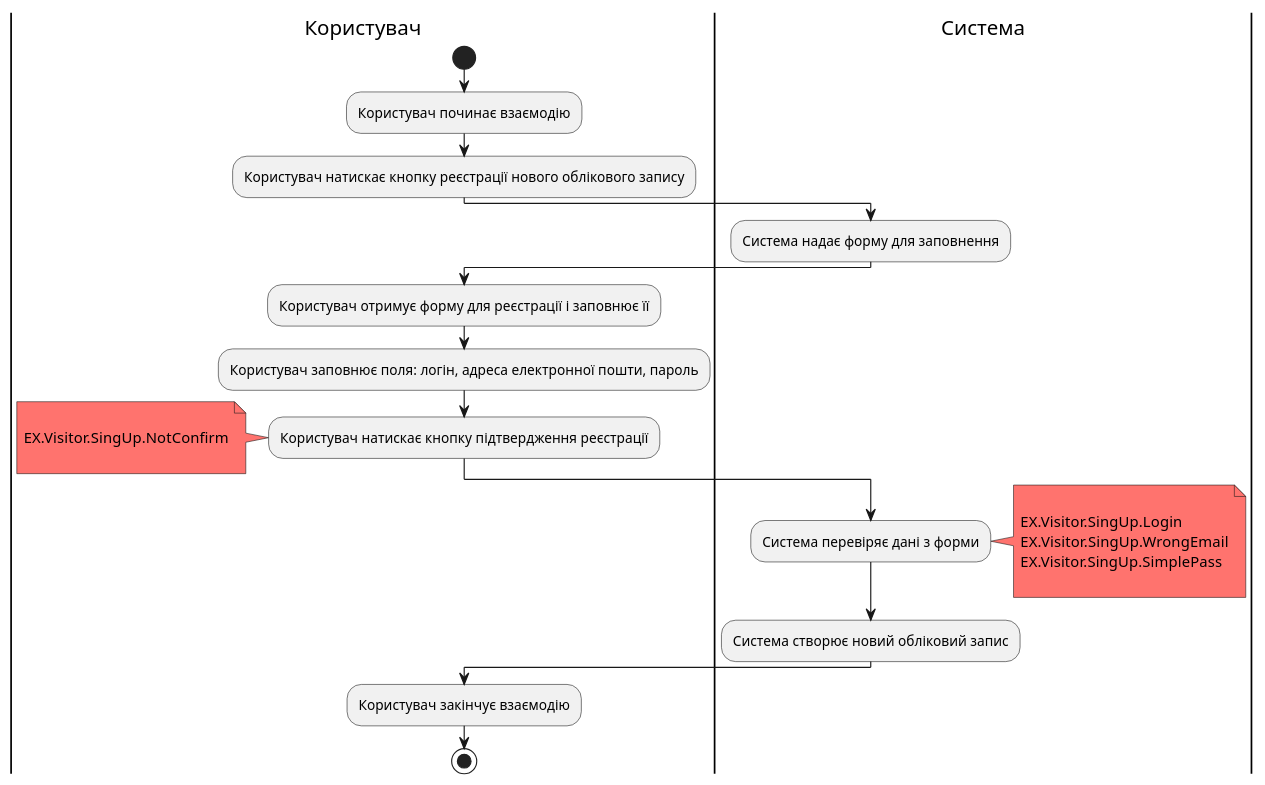
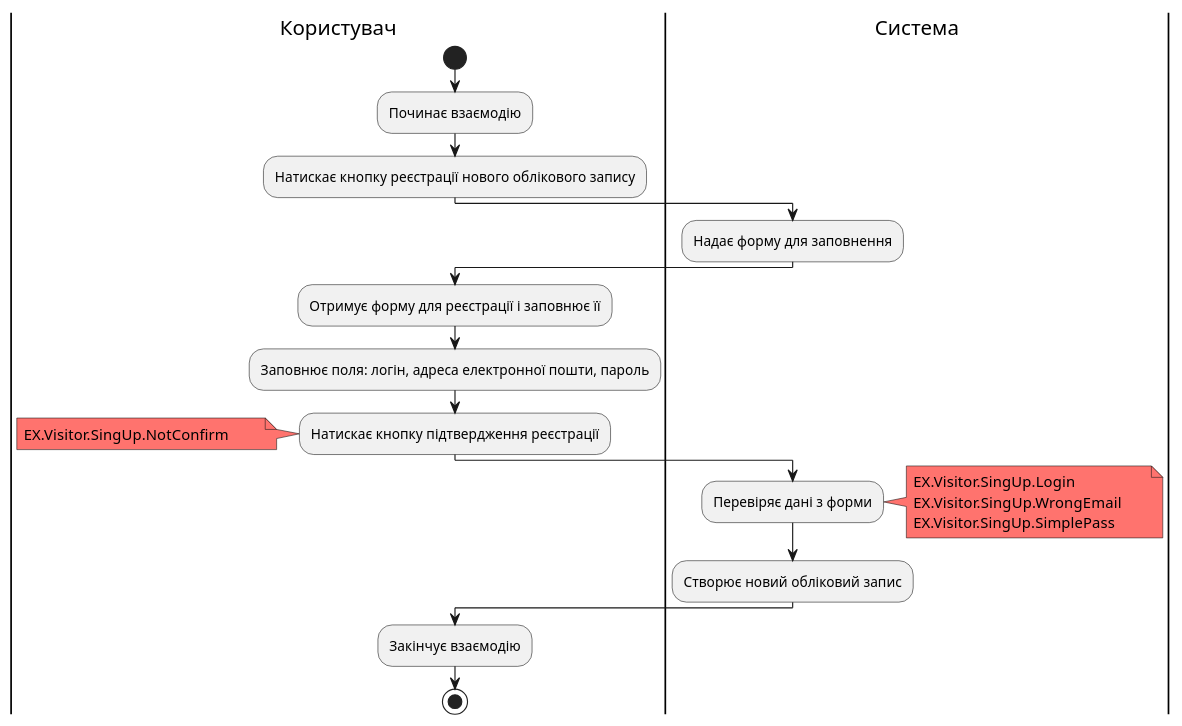
The fourth of 11 diagrams in docs/use cases/README.md (nonGratis/retarder-io-23-3), drawn with PlantUML before and after one commit. The commit also changed other lines of this file, not shown here.

Commit message:
UML content correction

````diff
--- a/docs/use cases/README.md
+++ b/docs/use cases/README.md
@@ -114,35 +117,31 @@
 ```plantuml
 @startuml
 |Користувач|
     start
-    :Користувач починає взаємодію;
-    :Користувач натискає кнопку реєстрації нового облікового запису;
+    :Починає взаємодію;
+    :Натискає кнопку реєстрації нового облікового запису;
 |Система|
-    :Система надає форму для заповнення;
+    :Надає форму для заповнення;
 |Користувач|
-    :Користувач отримує форму для реєстрації і заповнює її;
-    :Користувач заповнює поля: логін, адреса електронної пошти, пароль;
-    :Користувач натискає кнопку підтвердження реєстрації;
+    :Отримує форму для реєстрації і заповнює її;
+    :Заповнює поля: логін, адреса електронної пошти, пароль;
+    :Натискає кнопку підтвердження реєстрації;
         note left #FF736E
-
-        EX.Visitor.SingUp.NotConfirm
-        
+            EX.Visitor.SingUp.NotConfirm        
         end note
 
 |Система|
-    :Система перевіряє дані з форми;
+    :Перевіряє дані з форми;
         note right #FF736E
-
-        EX.Visitor.SingUp.Login
-        EX.Visitor.SingUp.WrongEmail
-        EX.Visitor.SingUp.SimplePass
-        
+            EX.Visitor.SingUp.Login
+            EX.Visitor.SingUp.WrongEmail
+            EX.Visitor.SingUp.SimplePass        
         end note
 
-    :Система створює новий обліковий запис;
+    :Створює новий обліковий запис;
 
 |Користувач|
-    :Користувач закінчує взаємодію;
+    :Закінчує взаємодію;
     stop;
 @enduml
 ```
````
